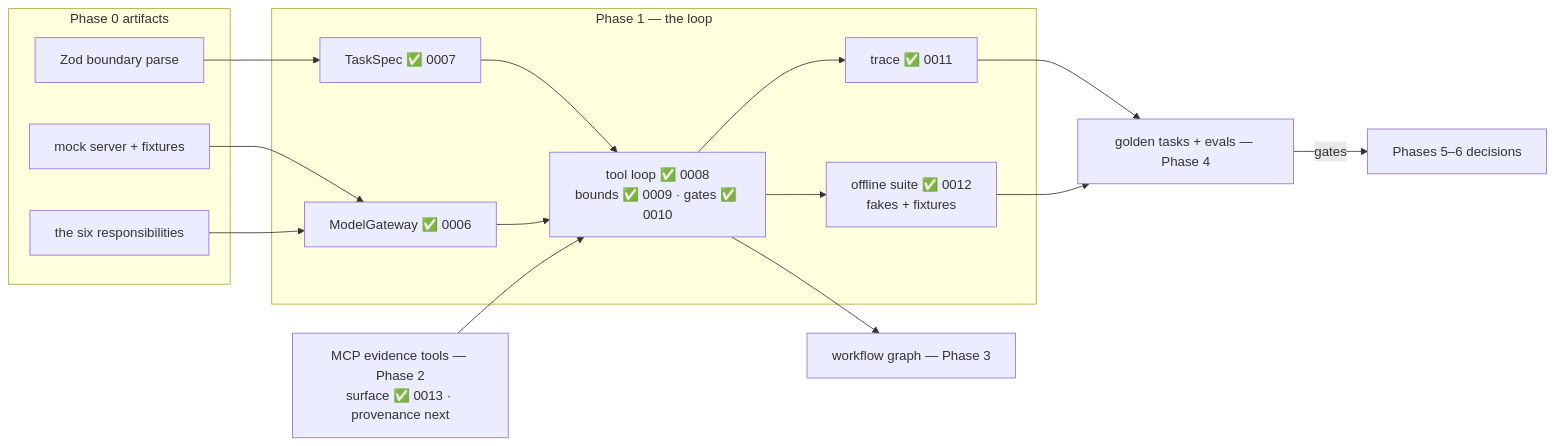
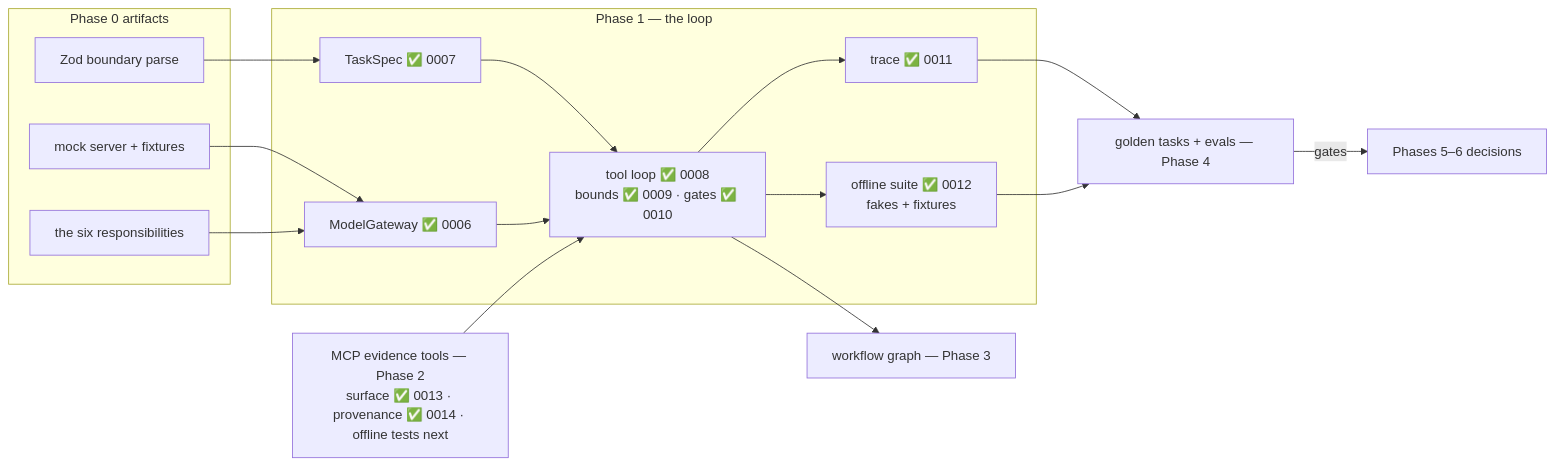
The fifth of 5 diagrams in wiki/course/course-module-graph.md (JozsefKiss90/TS), drawn with Mermaid before and after one commit. The commit also changed other lines of this file and 24 other files, not shown here.

First line of the commit message:
Ship lesson 0014 - Evidence With Provenance; lab 10-graph-evidence

````diff
--- a/wiki/course/course-module-graph.md
+++ b/wiki/course/course-module-graph.md
@@ -95,27 +95,27 @@
 ```mermaid
 flowchart LR
     subgraph PH0["Phase 0 artifacts"]
         MOCK["mock server + fixtures"]
         SIX["the six responsibilities"]
         ZOD["Zod boundary parse"]
     end
     subgraph PH1["Phase 1 — the loop"]
         GWY["ModelGateway ✅ 0006"]
         SPEC["TaskSpec ✅ 0007"]
         TLOOP["tool loop ✅ 0008<br/>bounds ✅ 0009 · gates ✅ 0010"]
         TR["trace ✅ 0011"]
         TESTS["offline suite ✅ 0012<br/>fakes + fixtures"]
     end
     MOCK --> GWY
     SIX --> GWY
     ZOD --> SPEC
     SPEC --> TLOOP
     GWY --> TLOOP
     TLOOP --> TR
     TLOOP --> TESTS
-    EV["MCP evidence tools — Phase 2<br/>surface ✅ 0013 · provenance next"] --> TLOOP
+    EV["MCP evidence tools — Phase 2<br/>surface ✅ 0013 · provenance ✅ 0014 · offline tests next"] --> TLOOP
     TLOOP --> WG["workflow graph — Phase 3"]
     TR --> EVAL["golden tasks + evals — Phase 4"]
     TESTS --> EVAL
     EVAL -->|"gates"| P5P6["Phases 5–6 decisions"]
 ```
````
